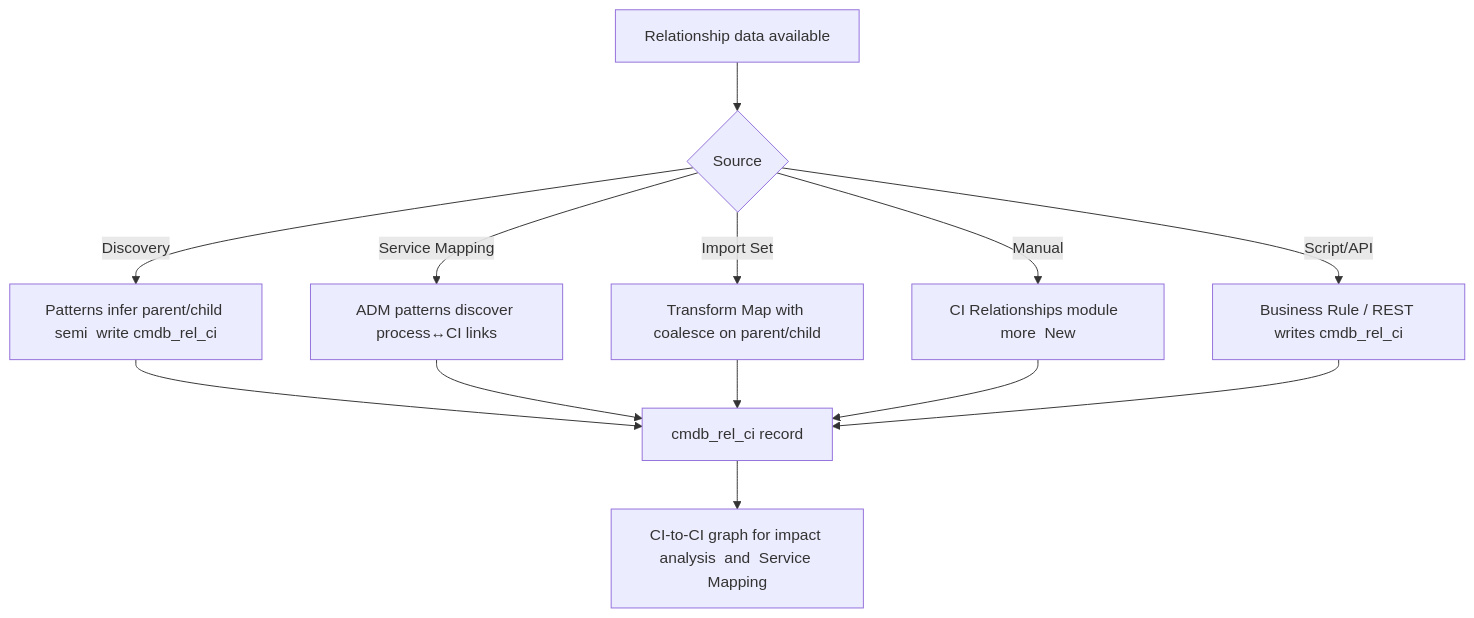
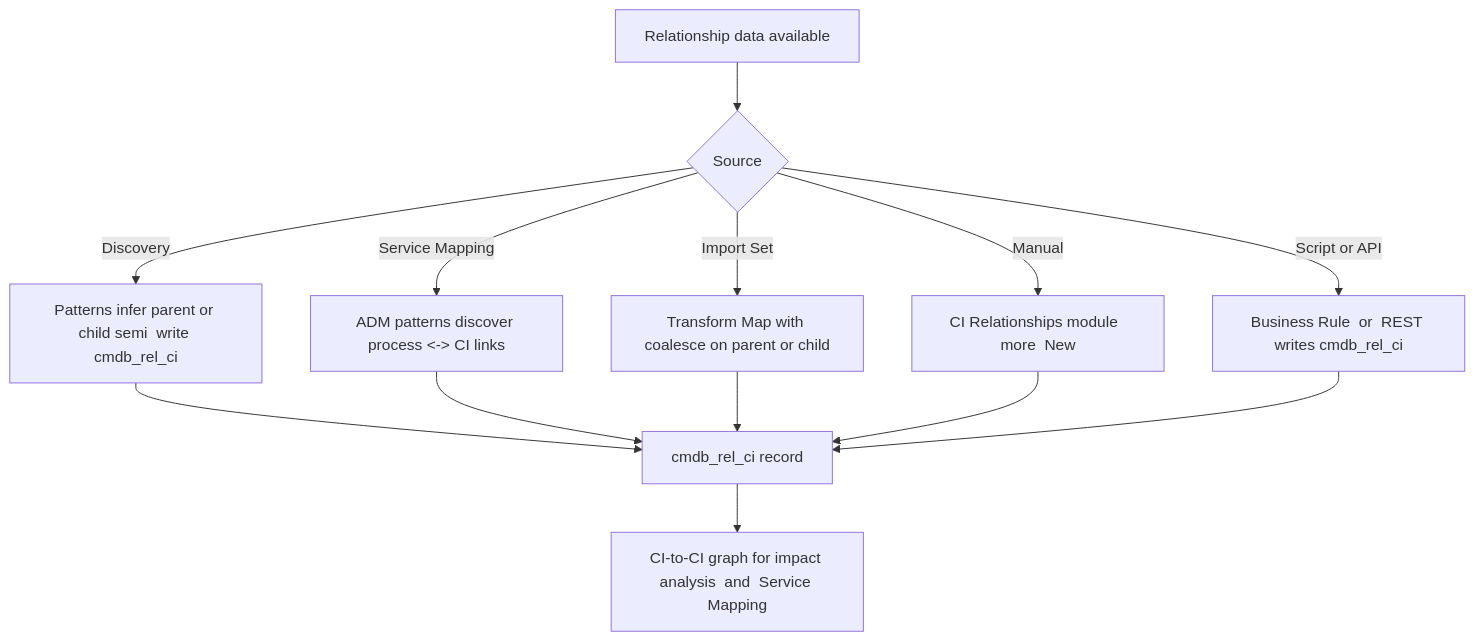
Diagram 18 of 22 in docs/modules/cmdb/cmdb-guide.md (eltonaguiar/ServiceNow_Learning_TSOM-_CSM_FSM_SalesCRM_HAM_ITSM), drawn with Mermaid before and after one commit. The commit also changed other lines of this file and 19 other files, not shown here.

First line of the commit message:
Fix Mermaid diagram syntax errors - replace problematic chars in text content only

````diff
--- a/docs/modules/cmdb/cmdb-guide.md
+++ b/docs/modules/cmdb/cmdb-guide.md
@@ -2131,16 +2131,16 @@
 ```mermaid
 flowchart TD
     A[Relationship data available] --> B{Source}
-    B -->|Discovery| C[Patterns infer parent/child semi  write cmdb_rel_ci]
-    B -->|Service Mapping| D[ADM patterns discover process↔CI links]
-    B -->|Import Set| E[Transform Map with coalesce on parent/child]
+    B -->|Discovery| C[Patterns infer parent or child semi  write cmdb_rel_ci]
+    B -->|Service Mapping| D[ADM patterns discover process <-> CI links]
+    B -->|Import Set| E[Transform Map with coalesce on parent or child]
     B -->|Manual| F[CI Relationships module  more  New]
-    B -->|Script/API| G[Business Rule / REST writes cmdb_rel_ci]
+    B -->|Script or API| G[Business Rule  or  REST writes cmdb_rel_ci]
     C --> H[cmdb_rel_ci record]
     D --> H
     E --> H
     F --> H
     G --> H
     H --> I[CI-to-CI graph for impact analysis  and  Service Mapping]
 
 ```
````
